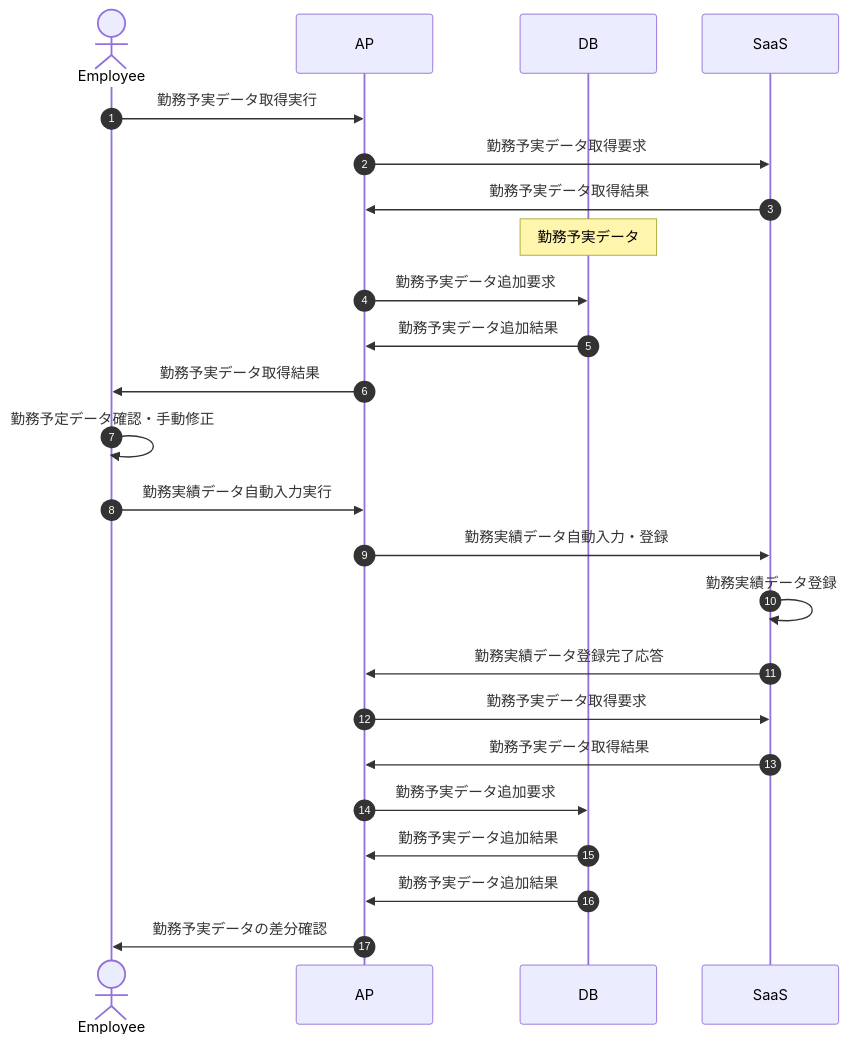
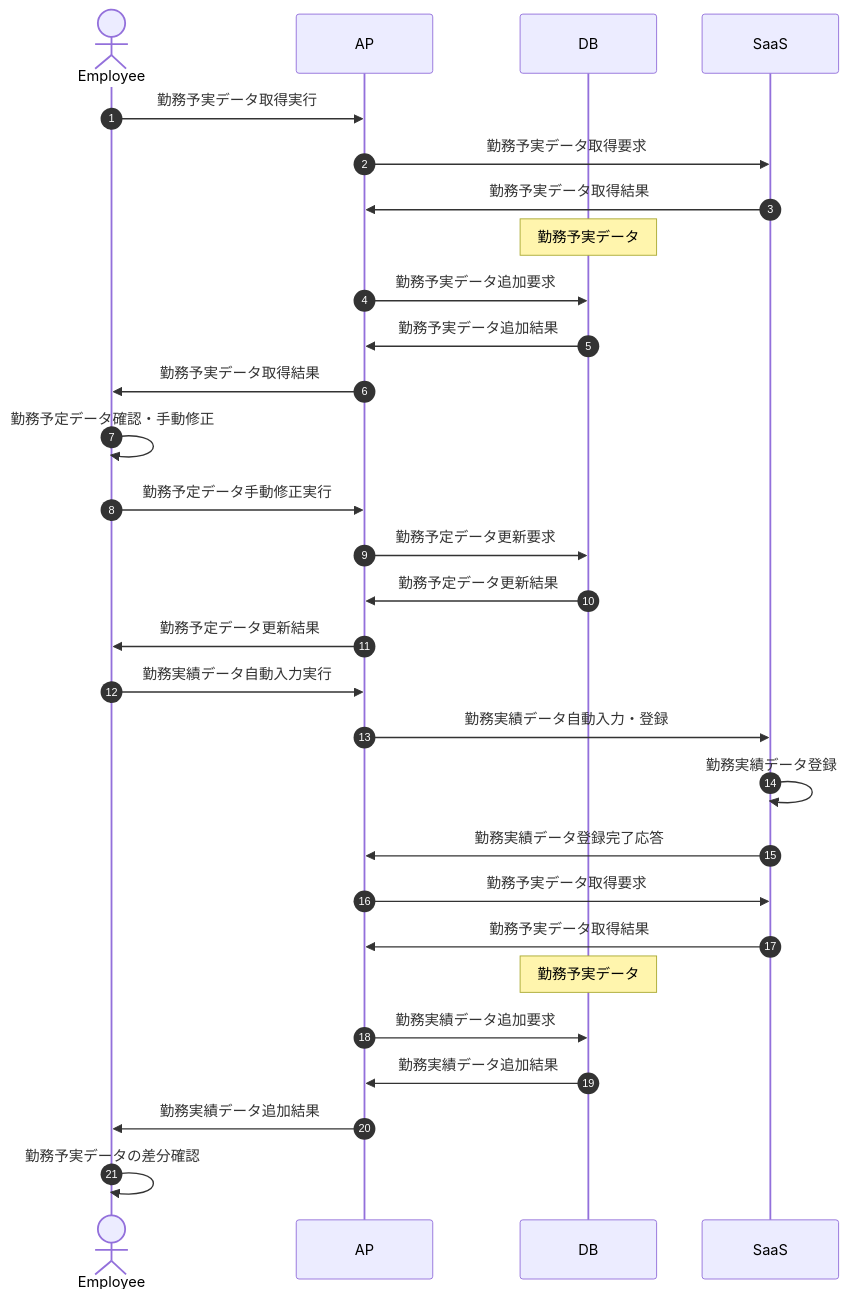
Before and after one commit to shuntaron/original-product: the first of 2 diagrams in DESIGN.md, drawn with Mermaid. The commit also changed other lines of this file, not shown here.

````diff
--- a/DESIGN.md
+++ b/DESIGN.md
@@ -6,26 +6,31 @@
 ```mermaid
 sequenceDiagram
   autoNumber
   actor em as Employee
   participant ap as AP
   participant db as DB
   participant ss as SaaS
   em->>ap: 勤務予実データ取得実行
   ap->>ss: 勤務予実データ取得要求
   ss->>ap: 勤務予実データ取得結果
   Note over db: 勤務予実データ
   ap->>db: 勤務予実データ追加要求
   db->>ap: 勤務予実データ追加結果
   ap->>em: 勤務予実データ取得結果
   em->>em: 勤務予定データ確認・手動修正
+  em->>ap: 勤務予定データ手動修正実行
+  ap->>db: 勤務予定データ更新要求
+  db->>ap: 勤務予定データ更新結果
+  ap->>em: 勤務予定データ更新結果
   em->>ap: 勤務実績データ自動入力実行
   ap->>ss: 勤務実績データ自動入力・登録
   ss->>ss: 勤務実績データ登録
   ss->>ap: 勤務実績データ登録完了応答
   ap->>ss: 勤務予実データ取得要求
   ss->>ap: 勤務予実データ取得結果
-  ap->>db: 勤務予実データ追加要求
-  db->>ap: 勤務予実データ追加結果
-  db->>ap: 勤務予実データ追加結果
-  ap->>em: 勤務予実データの差分確認
+  Note over db: 勤務予実データ
+  ap->>db: 勤務実績データ追加要求
+  db->>ap: 勤務実績データ追加結果
+  ap->>em: 勤務実績データ追加結果
+  em->>em: 勤務予実データの差分確認
 ```
````
